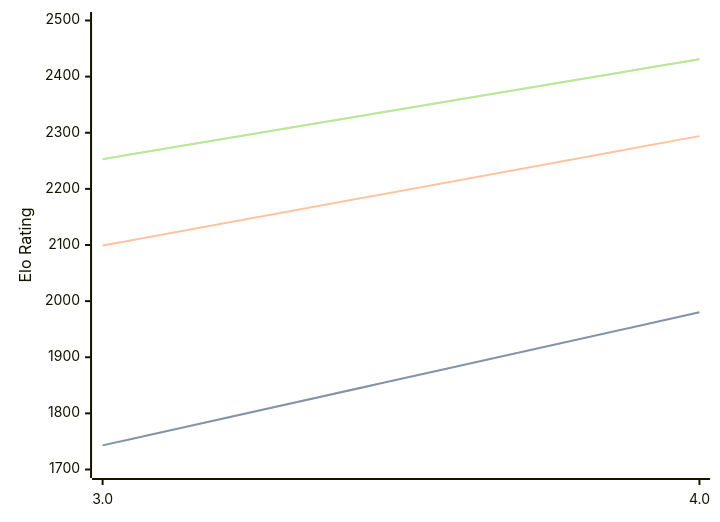
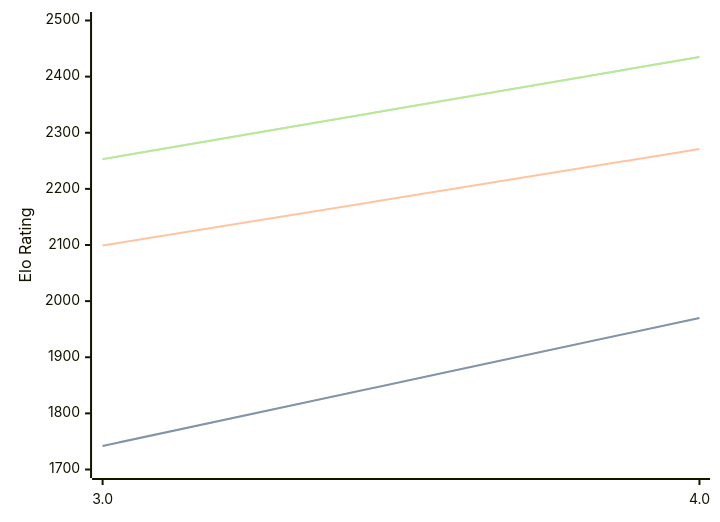
Before and after one commit to computer-chess-index/cci: the diagram in engines/Pea.md, drawn with Mermaid. The commit also changed other lines of this file, not shown here.

Commit message:
Update CCI Ratings (ELO VLTC) - 2026-04-16

````diff
--- a/engines/Pea.md
+++ b/engines/Pea.md
@@ -34,11 +35,11 @@
 ```mermaid
 %%{init: {"theme":"base","themeVariables":{"seriesColors:['#a3a3a3','#222221','#faa371']}}}%%
 xychart-beta
   x-axis ["3.0", "4.0"]
   y-axis "Elo Rating" 1700 --> 2500
-  line "STC (8.0+0.08s)" [1743, 1980]
-  line "STC (8.0+0.08s)" [1743, 1980]
-  line "LTC (60.0+0.60s)" [2099, 2294]
-  line "VLTC (2m24s+1.12s)" [2253, 2431]
-  line "VLTC (2m24s+1.12s)" [2253, 2431]
+  line "STC (8.0+0.08s)" [1742, 1970]
+  line "STC (8.0+0.08s)" [1742, 1970]
+  line "LTC (60.0+0.60s)" [2099, 2271]
+  line "VLTC (2m24s+1.12s)" [2253, 2435]
+  line "VLTC (2m24s+1.12s)" [2253, 2435]
 ```
````
